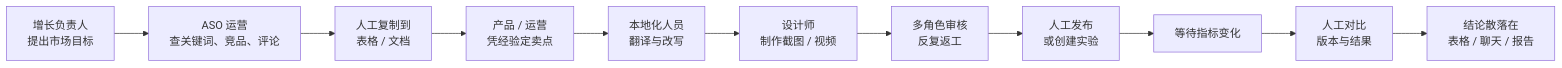
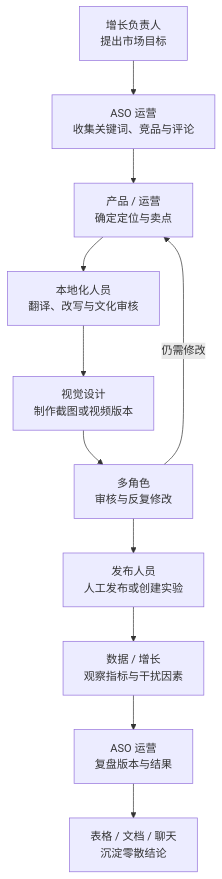
One commit to linkaka970105/ai-pm-adops-copilot changed the fourth of 10 diagrams in 03_prd/global_aso_localization_agent_prd_v2/全球_ASO_与本地化增长_Agent_PRD_v2.md. Above: the diagram before and after it, drawn with Mermaid. The commit also changed other lines of this file and 1 other file, not shown here.

First line of the commit message:
Keep the ASO PRD review shape consistent with its reference

````diff
--- a/03_prd/global_aso_localization_agent_prd_v2/全球_ASO_与本地化增长_Agent_PRD_v2.md
+++ b/03_prd/global_aso_localization_agent_prd_v2/全球_ASO_与本地化增长_Agent_PRD_v2.md
@@ -393,13 +331,16 @@
 ```mermaid
-flowchart LR
-    A["增长负责人<br/>提出市场目标"] --> B["ASO 运营<br/>查关键词、竞品、评论"]
-    B --> C["人工复制到<br/>表格 / 文档"]
-    C --> D["产品 / 运营<br/>凭经验定卖点"]
-    D --> E["本地化人员<br/>翻译与改写"]
-    E --> F["设计师<br/>制作截图 / 视频"]
-    F --> G["多角色审核<br/>反复返工"]
-    G --> H["人工发布<br/>或创建实验"]
-    H --> I["等待指标变化"]
-    I --> J["人工对比<br/>版本与结果"]
-    J --> K["结论散落在<br/>表格 / 聊天 / 报告"]
+flowchart TB
+    A["增长负责人<br/>提出市场目标"]
+    B["ASO 运营<br/>收集关键词、竞品与评论"]
+    C["产品 / 运营<br/>确定定位与卖点"]
+    D["本地化人员<br/>翻译、改写与文化审核"]
+    E["视觉设计<br/>制作截图或视频版本"]
+    F["多角色<br/>审核与反复修改"]
+    G["发布人员<br/>人工发布或创建实验"]
+    H["数据 / 增长<br/>观察指标与干扰因素"]
+    I["ASO 运营<br/>复盘版本与结果"]
+    J["表格 / 文档 / 聊天<br/>沉淀零散结论"]
+
+    A --> B --> C --> D --> E --> F --> G --> H --> I --> J
+    F -->|仍需修改| C
 ```
````
